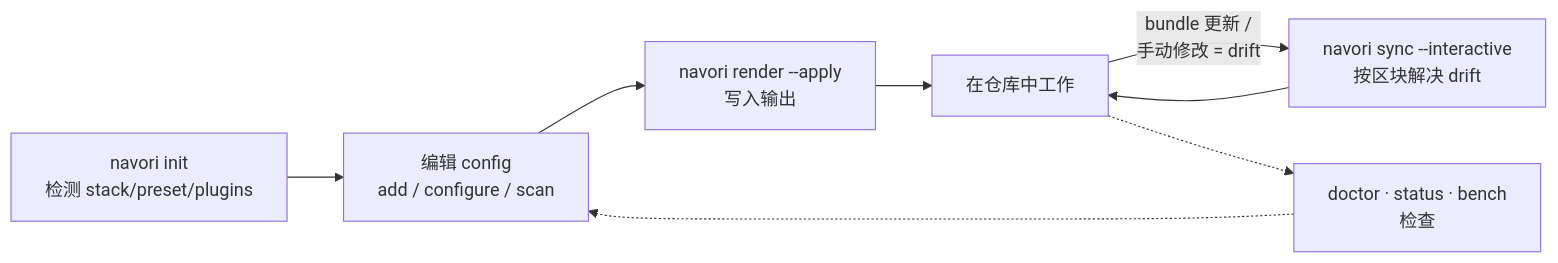
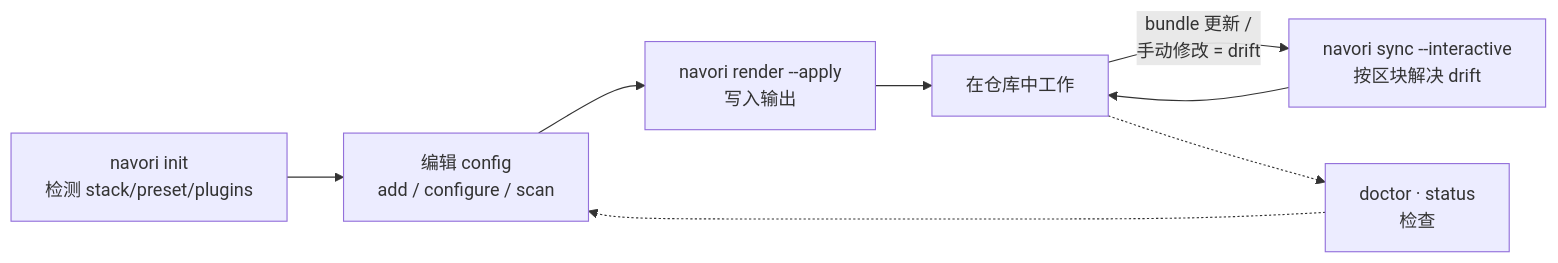
The third of 3 diagrams in docs/architecture.zh-CN.md (UlisesCm/navori-harness), drawn with Mermaid before and after one commit. The commit also changed 74 other files, not shown here.

````diff
--- a/docs/architecture.zh-CN.md
+++ b/docs/architecture.zh-CN.md
@@ -90,21 +90,21 @@
 ```mermaid
 flowchart LR
     INIT["navori init<br/>检测 stack/preset/plugins"]
     EDIT["编辑 config<br/>add / configure / scan"]
     RENDER["navori render --apply<br/>写入输出"]
     WORK["在仓库中工作"]
     SYNC["navori sync --interactive<br/>按区块解决 drift"]
-    INSPECT["doctor · status · bench<br/>检查"]
+    INSPECT["doctor · status<br/>检查"]
 
     INIT --> EDIT --> RENDER --> WORK
     WORK -- "bundle 更新 /<br/>手动修改 = drift" --> SYNC
     SYNC --> WORK
     WORK -.-> INSPECT
     INSPECT -.-> EDIT
 
     click INIT "../packages/cli/src/commands/init.ts" "init"
     click EDIT "../packages/cli/src/commands/add.ts" "add / configure"
     click RENDER "../packages/cli/src/commands/render.ts" "render"
     click SYNC "../packages/cli/src/commands/sync.ts" "sync"
-    click INSPECT "../packages/cli/src/commands/status.ts" "status / doctor / bench"
+    click INSPECT "../packages/cli/src/commands/status.ts" "status / doctor"
 ```
````
